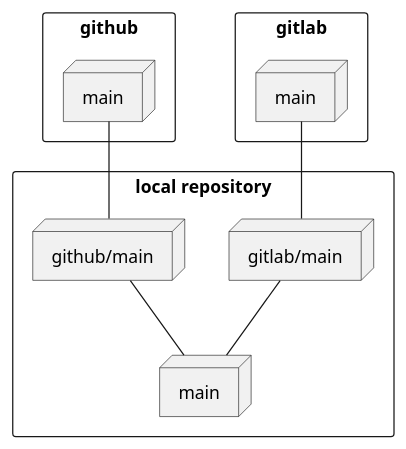
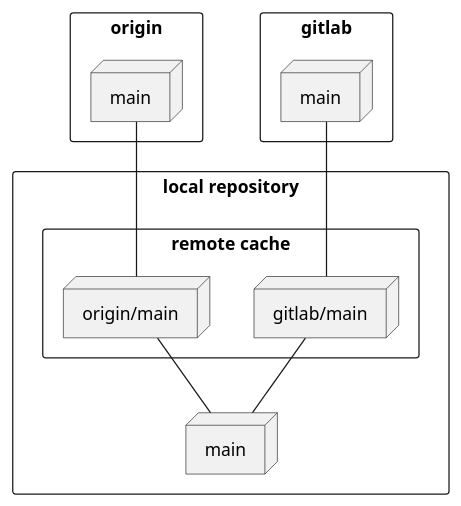
The diagram in uml/4.multi-remote.plantuml (pochangl/github_basic), drawn with PlantUML before and after one commit. The commit also changed 4 other files, not shown here.

```diff
--- a/uml/4.multi-remote.plantuml
+++ b/uml/4.multi-remote.plantuml
@@ -1,23 +1,25 @@
 @startuml name
-rectangle github {
+rectangle origin {
     node main as github_main
 }
 
 rectangle gitlab {
     node main as gitlab_main
 }
 
 rectangle "local repository" {
-    node "github/main" as gh_main
-    node "gitlab/main" as gl_main
+    rectangle "remote cache" {
+        node "origin/main" as gh_main
+        node "gitlab/main" as gl_main
+    }
     node main
 }
 
 github_main -- gh_main
 gh_main -- main
 
 gitlab_main -- gl_main
 
 gl_main -- main
 
 @enduml
```
